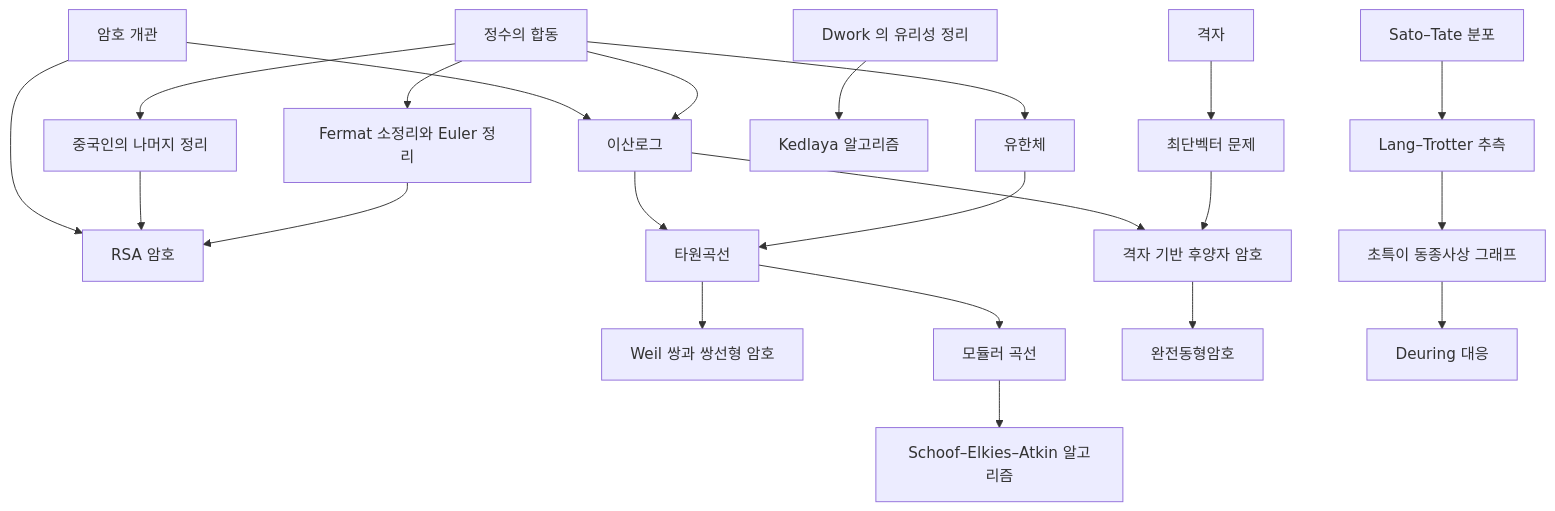
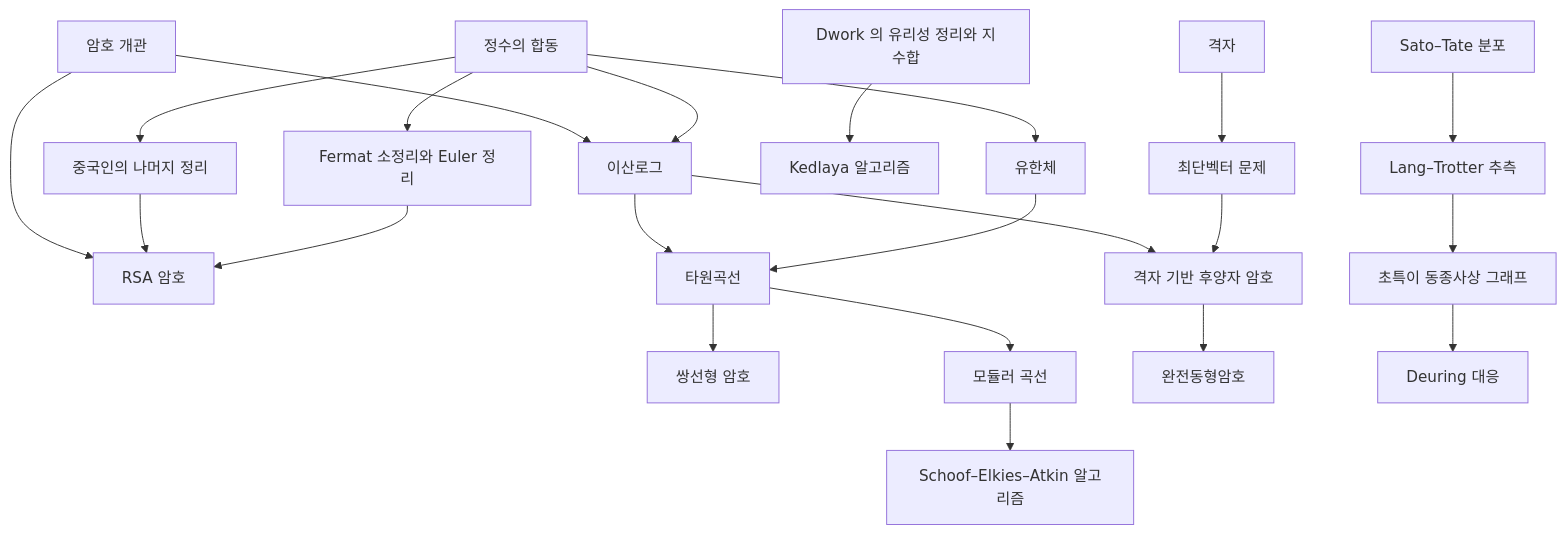
The diagram in docs/cryptography-overview.md (Phryxia/math-map), drawn with Mermaid before and after one commit. The commit also changed 8 other files, not shown here.

````diff
--- a/docs/cryptography-overview.md
+++ b/docs/cryptography-overview.md
@@ -13,24 +13,24 @@
 ```mermaid
 graph TD
   CRY["암호 개관"] --> RSA["RSA 암호"]
   CRY --> DL["이산로그"]
   MOD["정수의 합동"] --> DL
   MOD --> FF["유한체"]
   MOD --> CRT["중국인의 나머지 정리"]
   MOD --> FE["Fermat 소정리와 Euler 정리"]
   CRT --> RSA
   FE --> RSA
   DL --> EC["타원곡선"]
   FF --> EC
-  EC --> PBC["Weil 쌍과 쌍선형 암호"]
+  EC --> PBC["쌍선형 암호"]
   EC --> MC["모듈러 곡선"]
   MC --> SEA["Schoof–Elkies–Atkin 알고리즘"]
-  DW["Dwork 의 유리성 정리"] --> KED["Kedlaya 알고리즘"]
+  DW["Dwork 의 유리성 정리와 지수합"] --> KED["Kedlaya 알고리즘"]
   DL --> PQC["격자 기반 후양자 암호"]
   LAT["격자"] --> SVP["최단벡터 문제"]
   SVP --> PQC
   PQC --> FHE["완전동형암호"]
   ST["Sato–Tate 분포"] --> LT["Lang–Trotter 추측"]
   LT --> SIG["초특이 동종사상 그래프"]
   SIG --> DC["Deuring 대응"]
 ```
````
